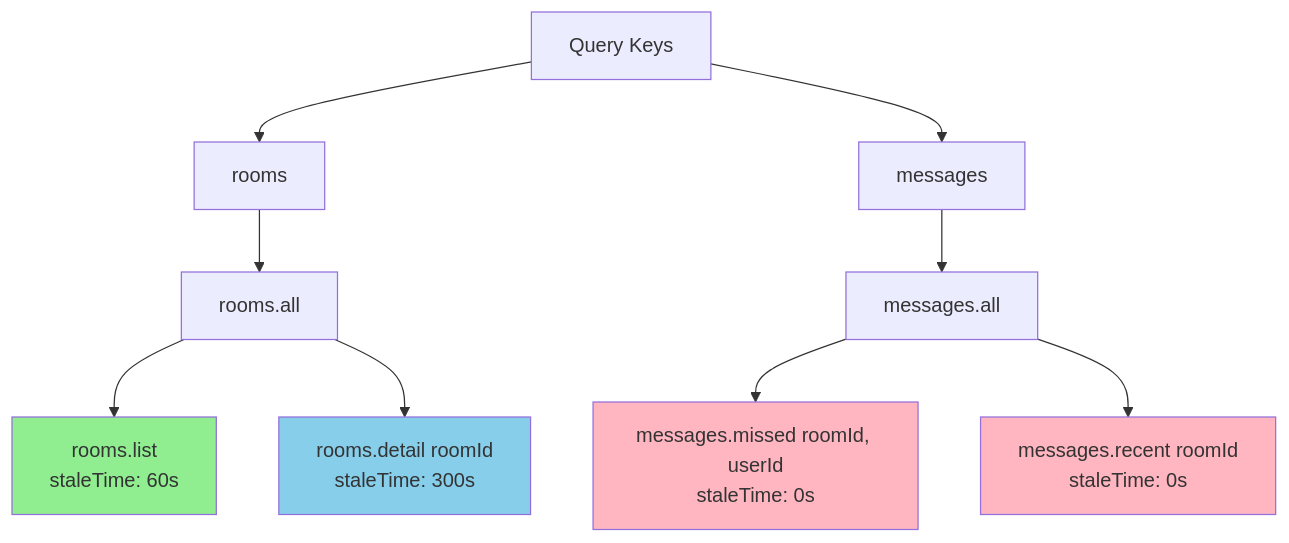
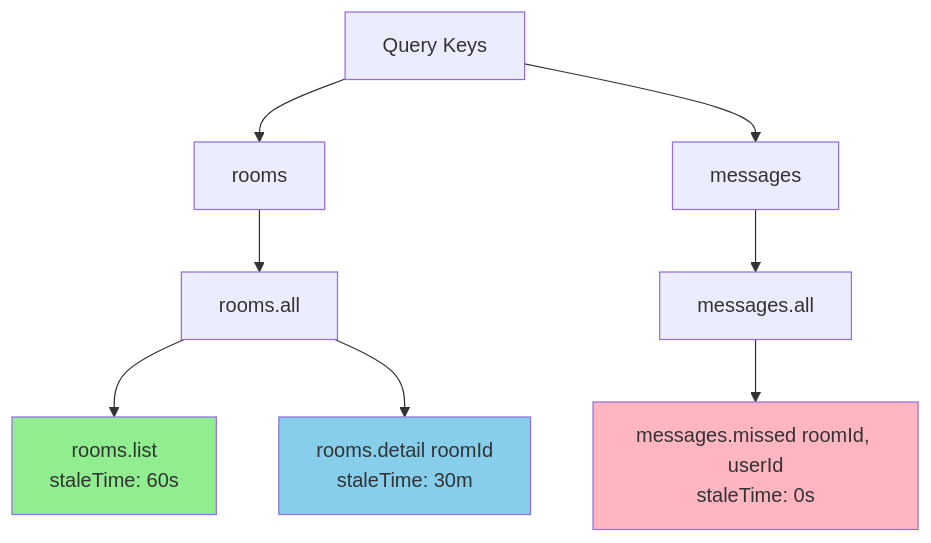
One commit to jtclarkjr/realtime-chat-react changed diagram 13 of 21 in docs/DATA_FLOW_ARCHITECTURE.md. Above: the diagram before and after it, drawn with Mermaid. The commit also changed other lines of this file, not shown here.

Commit message:
docs: update data flow doc

````diff
--- a/docs/DATA_FLOW_ARCHITECTURE.md
+++ b/docs/DATA_FLOW_ARCHITECTURE.md
@@ -432,18 +450,16 @@
 ```mermaid
 graph TD
     A[Query Keys] --> B[rooms]
     A --> C[messages]
 
     B --> D[rooms.all]
     D --> E[rooms.list<br/>staleTime: 60s]
-    D --> F[rooms.detail roomId<br/>staleTime: 300s]
+    D --> F[rooms.detail roomId<br/>staleTime: 30m]
 
     C --> G[messages.all]
     G --> H[messages.missed roomId, userId<br/>staleTime: 0s]
-    G --> I[messages.recent roomId<br/>staleTime: 0s]
 
     style E fill:#90EE90
     style F fill:#87CEEB
     style H fill:#FFB6C1
-    style I fill:#FFB6C1
 ```
````
